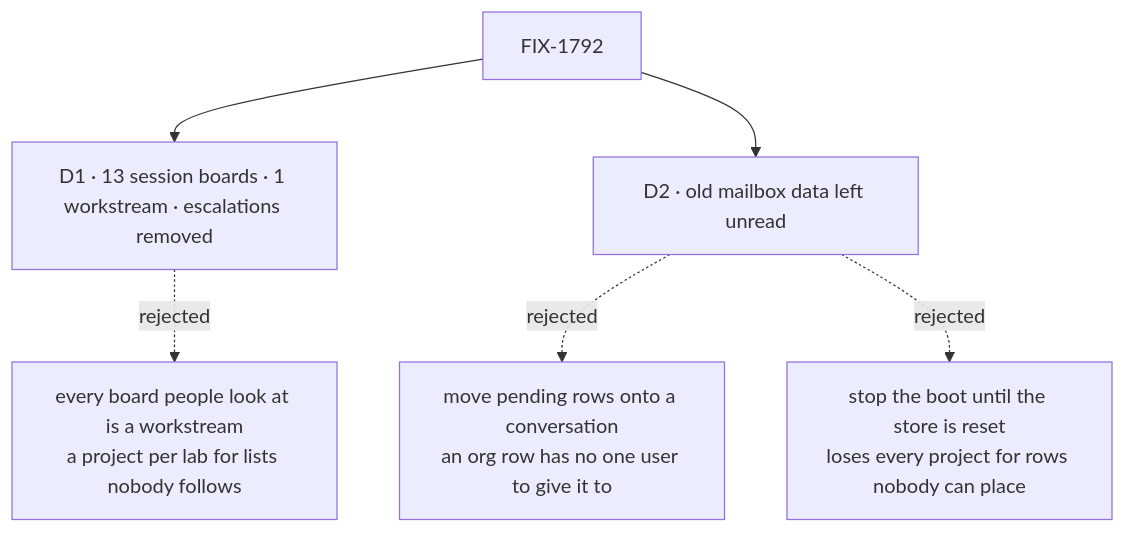
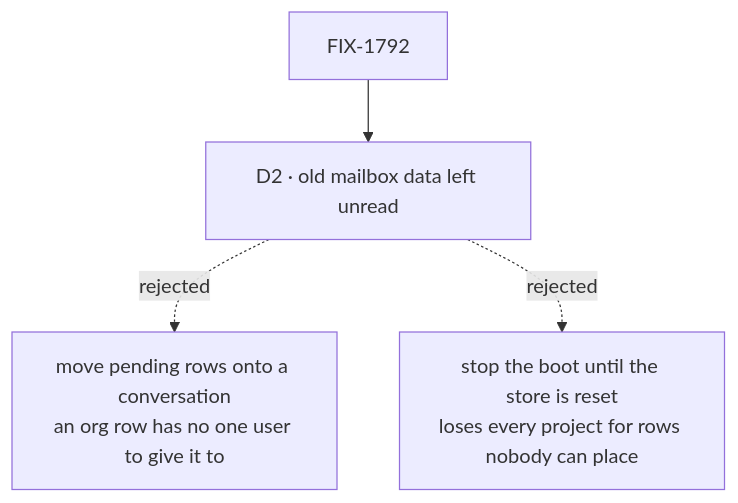
One commit to fixpoint-labs/flow-state-dev changed the diagram in specs/issues/FIX-1792/DECISIONS.md. Above: the diagram before and after it, drawn with Mermaid. The commit also changed other lines of this file and 7 other files, not shown here.

````diff
--- a/specs/issues/FIX-1792/DECISIONS.md
+++ b/specs/issues/FIX-1792/DECISIONS.md
@@ -10,8 +11,6 @@
 ```mermaid
 flowchart TD
-  I["FIX-1792"] --> D1["D1 · 13 session boards · 1 workstream · escalations removed"]
-  D1 -.->|"rejected"| X1["every board people look at is a workstream<br/>a project per lab for lists nobody follows"]
-  I --> D2["D2 · old mailbox data left unread"]
+  I["FIX-1792"] --> D2["D2 · old mailbox data left unread"]
   D2 -.->|"rejected"| X2["move pending rows onto a conversation<br/>an org row has no one user to give it to"]
   D2 -.->|"rejected"| X3["stop the boot until the store is reset<br/>loses every project for rows nobody can place"]
 ```
````
